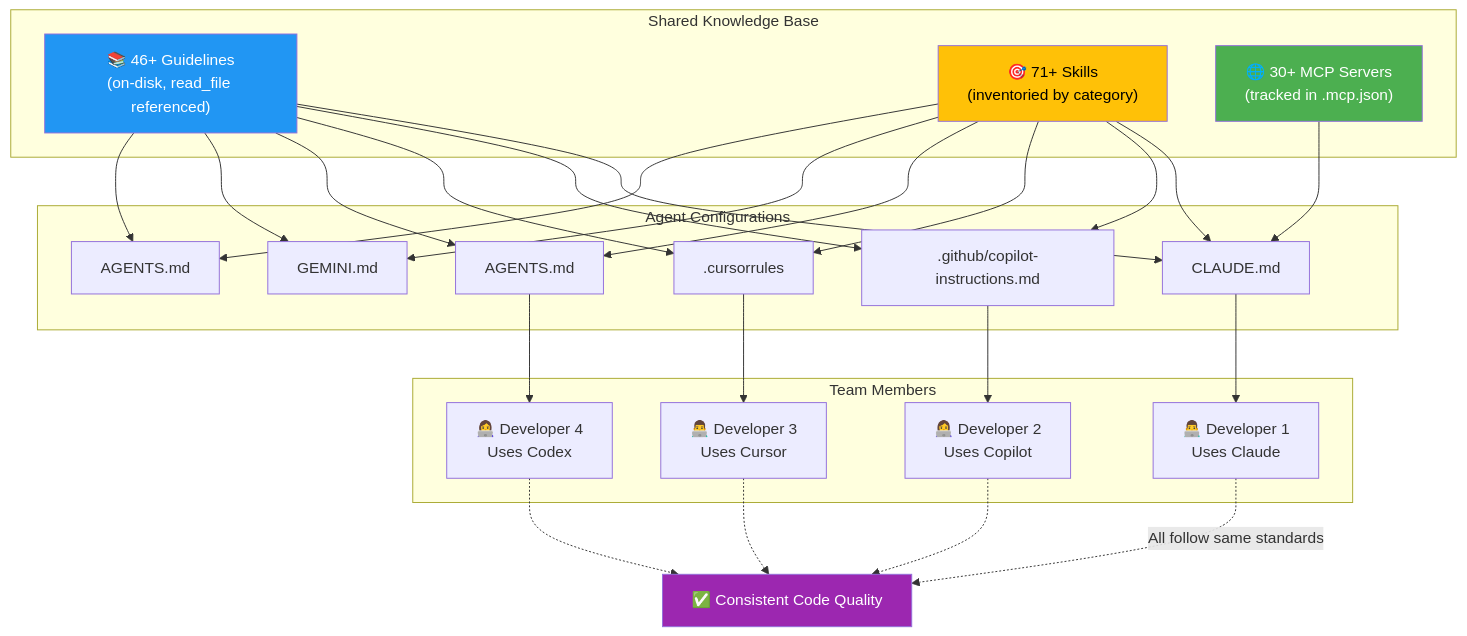
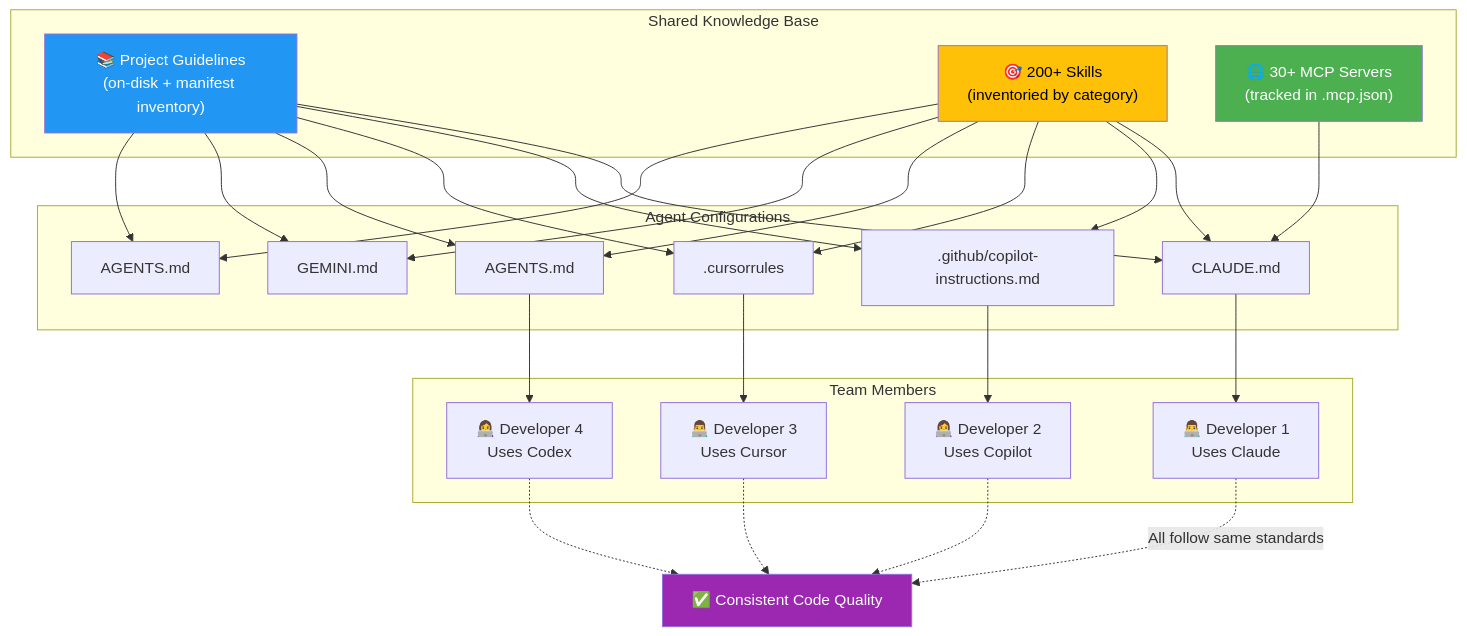
The seventh of 8 diagrams in digging-deeper/ai/agentic-coldbox.md (ortus-docs/coldbox-docs), drawn with Mermaid before and after one commit. The commit also changed other lines of this file, not shown here.

````diff
--- a/digging-deeper/ai/agentic-coldbox.md
+++ b/digging-deeper/ai/agentic-coldbox.md
@@ -970,43 +966,43 @@
 ```mermaid
 graph TB
     subgraph "Shared Knowledge Base"
-        Guidelines["📚 46+ Guidelines\n(on-disk, read_file referenced)"]
-        Skills["🎯 71+ Skills\n(inventoried by category)"]
+        Guidelines["📚 Project Guidelines\n(on-disk + manifest inventory)"]
+        Skills["🎯 200+ Skills\n(inventoried by category)"]
         MCP["🌐 30+ MCP Servers\n(tracked in .mcp.json)"]
     end
 
     subgraph "Agent Configurations"
         Guidelines --> ClaudeConfig["CLAUDE.md"]
         Guidelines --> CopilotConfig[".github/copilot-instructions.md"]
         Guidelines --> CursorConfig[".cursorrules"]
         Guidelines --> CodexConfig["AGENTS.md"]
         Guidelines --> GeminiConfig["GEMINI.md"]
         Guidelines --> OpenCodeConfig["AGENTS.md"]
 
         Skills --> ClaudeConfig
         Skills --> CopilotConfig
         Skills --> CursorConfig
         Skills --> CodexConfig
         Skills --> GeminiConfig
         Skills --> OpenCodeConfig
 
         MCP --> ClaudeConfig
     end
 
     subgraph "Team Members"
         ClaudeConfig --> Dev1["👨‍💻 Developer 1<br/>Uses Claude"]
         CopilotConfig --> Dev2["👩‍💻 Developer 2<br/>Uses Copilot"]
         CursorConfig --> Dev3["👨‍💻 Developer 3<br/>Uses Cursor"]
         CodexConfig --> Dev4["👩‍💻 Developer 4<br/>Uses Codex"]
     end
 
     Dev1 -."All follow same standards".-> Standards["✅ Consistent Code Quality"]
     Dev2 -.-> Standards
     Dev3 -.-> Standards
     Dev4 -.-> Standards
 
     style Guidelines fill:#2196f3,color:#fff
     style Skills fill:#ffc107,color:#000
     style MCP fill:#4caf50,color:#fff
     style Standards fill:#9c27b0,color:#fff
 ```
````
